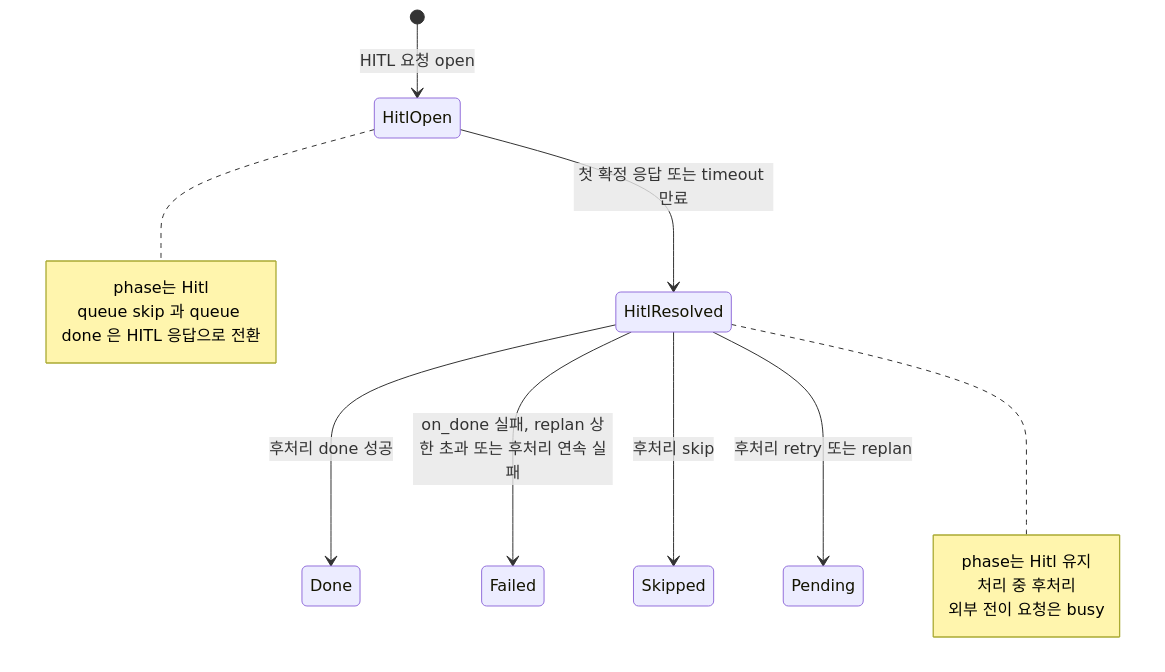
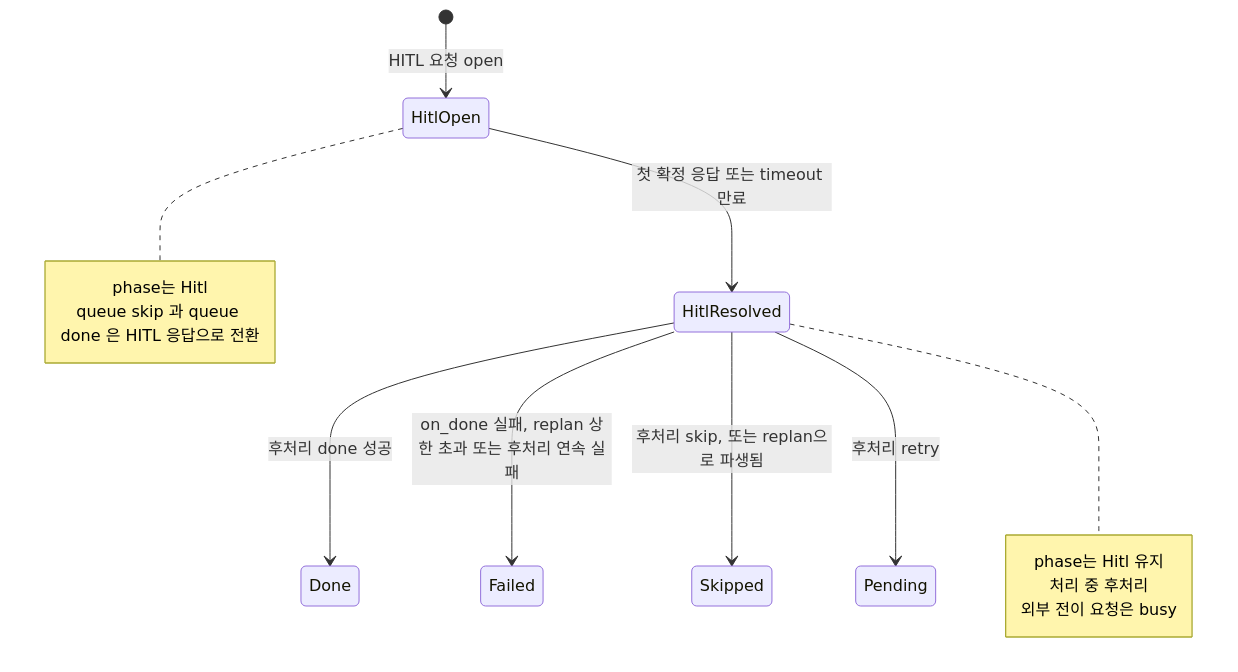
The seventh of 8 diagrams in spec/concerns/queue-state-machine.md (kys0213/belt), drawn with Mermaid before and after one commit. The commit also changed other lines of this file and 1 other file, not shown here.

````diff
--- a/spec/concerns/queue-state-machine.md
+++ b/spec/concerns/queue-state-machine.md
@@ -237,18 +277,18 @@
 ```mermaid
 stateDiagram-v2
     [*] --> HitlOpen: HITL 요청 open
     HitlOpen --> HitlResolved: 첫 확정 응답 또는 timeout 만료
     HitlResolved --> Done: 후처리 done 성공
     HitlResolved --> Failed: on_done 실패, replan 상한 초과 또는 후처리 연속 실패
-    HitlResolved --> Skipped: 후처리 skip
-    HitlResolved --> Pending: 후처리 retry 또는 replan
+    HitlResolved --> Skipped: 후처리 skip, 또는 replan으로 파생됨
+    HitlResolved --> Pending: 후처리 retry
     note right of HitlOpen
         phase는 Hitl
         queue skip 과 queue done 은 HITL 응답으로 전환
     end note
     note right of HitlResolved
         phase는 Hitl 유지
         처리 중 후처리
         외부 전이 요청은 busy
     end note
 ```
````
